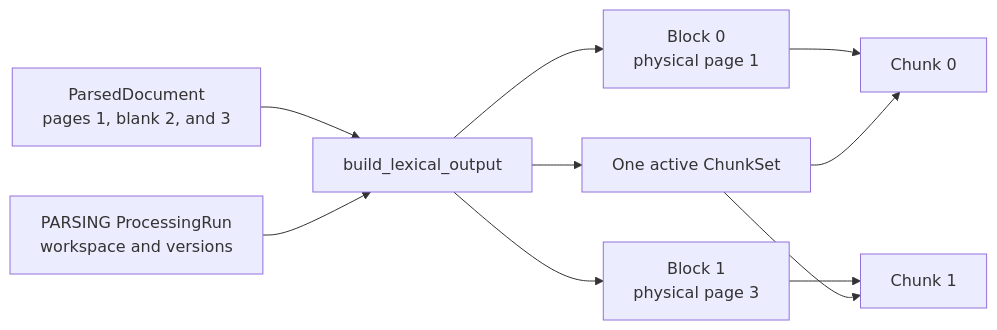
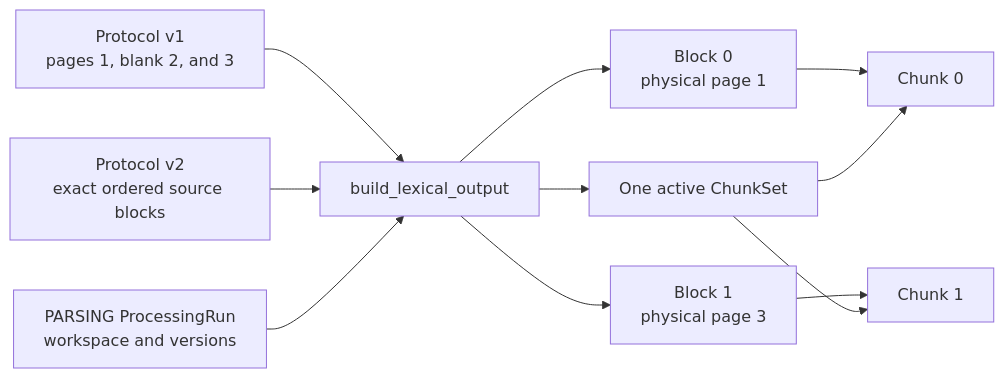
Before and after one commit to rnkraus/investment-research: the eighth of 9 diagrams in backend/src/investment_research/modules/processing/README.md, drawn with Mermaid. The commit also changed other lines of this file and 4 other files, not shown here.

````diff
--- a/backend/src/investment_research/modules/processing/README.md
+++ b/backend/src/investment_research/modules/processing/README.md
@@ -212,12 +228,13 @@
 ```mermaid
 flowchart LR
-    PD[ParsedDocument<br/>pages 1, blank 2, and 3] --> BUILDER[build_lexical_output]
+    V1[Protocol v1<br/>pages 1, blank 2, and 3] --> BUILDER[build_lexical_output]
+    V2[Protocol v2<br/>exact ordered source blocks] --> BUILDER
     RUN[PARSING ProcessingRun<br/>workspace and versions] --> BUILDER
     BUILDER --> CS[One active ChunkSet]
     BUILDER --> B1[Block 0<br/>physical page 1]
     BUILDER --> B2[Block 1<br/>physical page 3]
     B1 --> C1[Chunk 0]
     B2 --> C2[Chunk 1]
     CS --> C1
     CS --> C2
 ```
````
